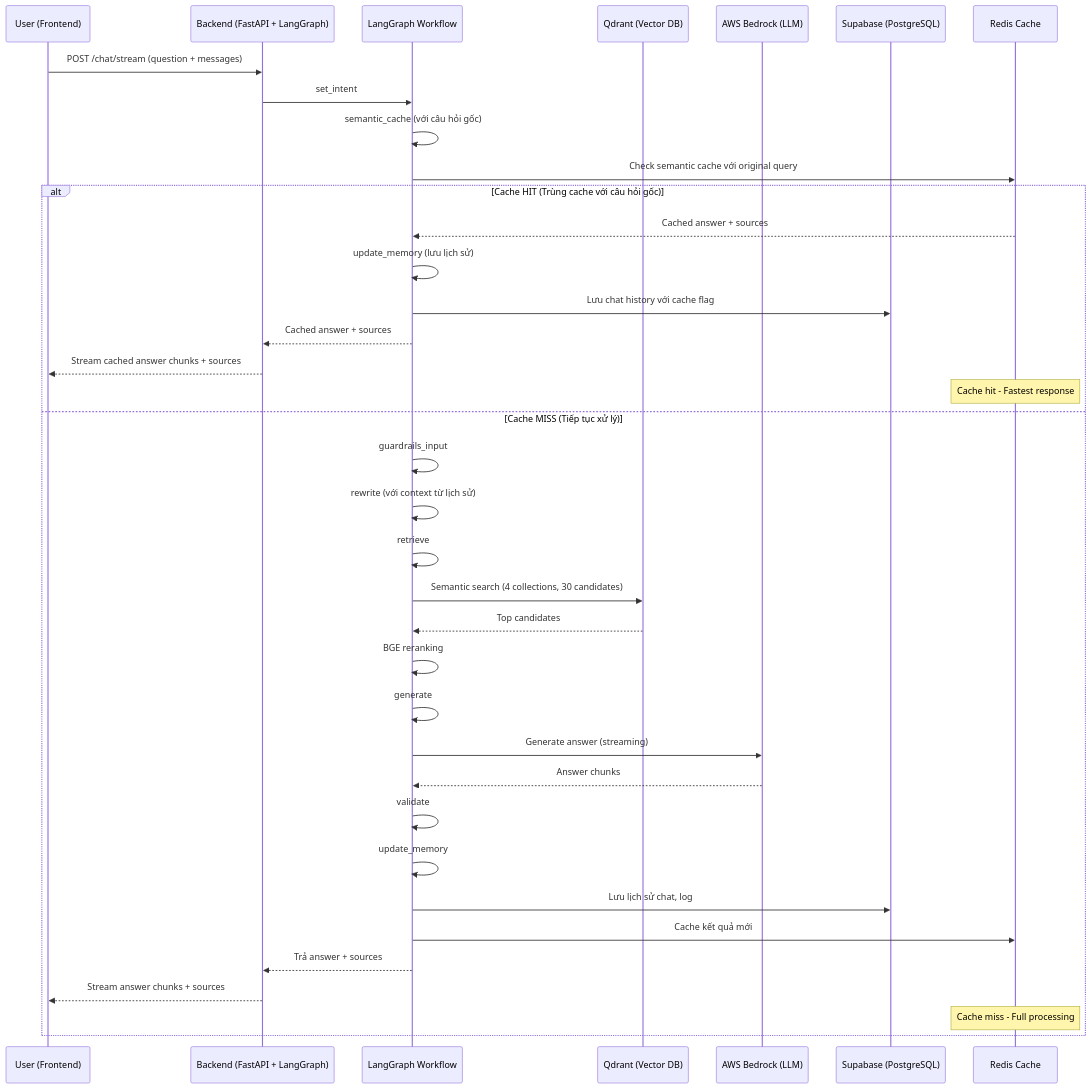
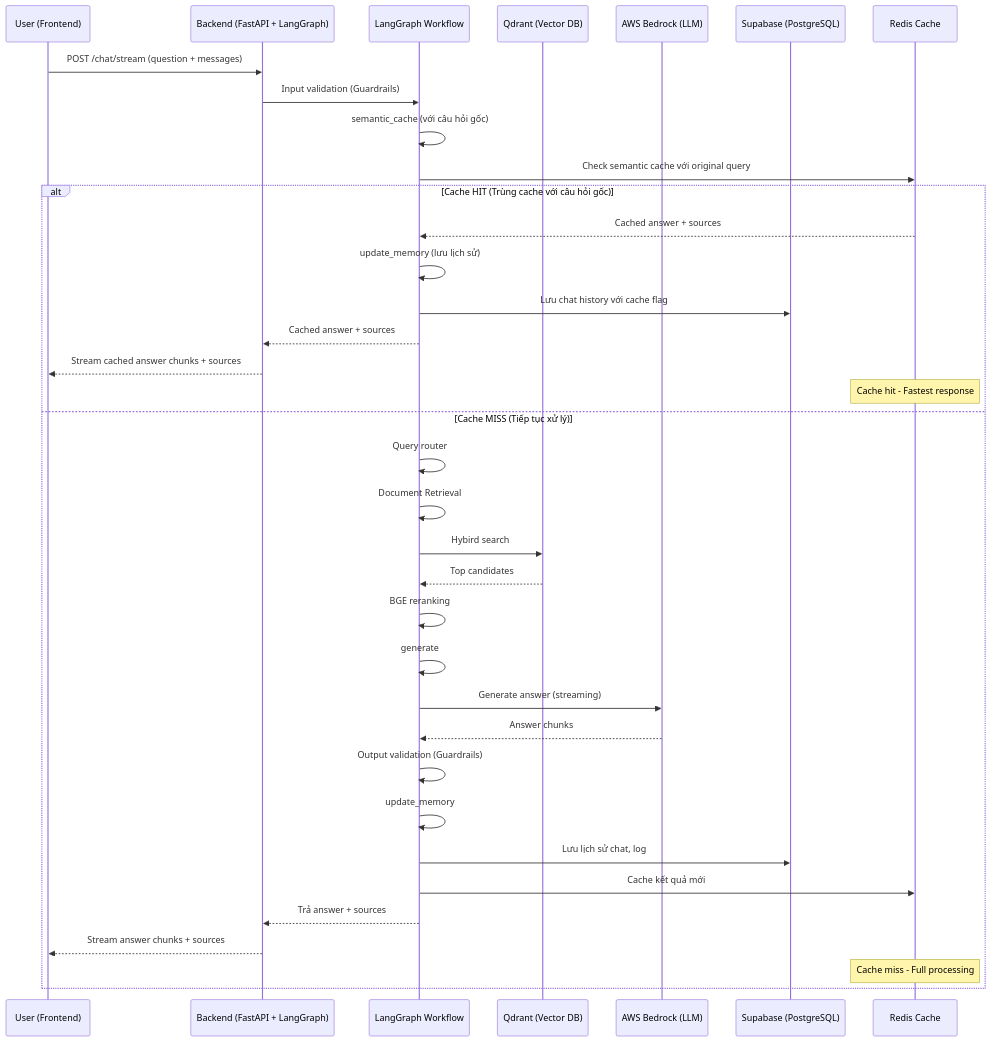
One commit to tuananhne1110/Cutru_chatbot changed the second of 2 diagrams in docs/Workflow.md. Above: the diagram before and after it, drawn with Mermaid. The commit also changed other lines of this file and 75 other files, not shown here.

````diff
--- a/docs/Workflow.md
+++ b/docs/Workflow.md
@@ -109,42 +119,41 @@
 ```mermaid
 sequenceDiagram
     participant U as User (Frontend)
     participant B as Backend (FastAPI + LangGraph)
     participant L as LangGraph Workflow
     participant Q as Qdrant (Vector DB)
     participant LLM as AWS Bedrock (LLM)
     participant S as Supabase (PostgreSQL)
     participant C as Redis Cache
-    
+
     U->>B: POST /chat/stream (question + messages)
-    B->>L: set_intent
+    B->>L: Input validation (Guardrails)
     L->>L: semantic_cache (với câu hỏi gốc)
     L->>C: Check semantic cache với original query
-    
+
     alt Cache HIT (Trùng cache với câu hỏi gốc)
         C-->>L: Cached answer + sources
         L->>L: update_memory (lưu lịch sử)
         L->>S: Lưu chat history với cache flag
         L-->>B: Cached answer + sources
         B-->>U: Stream cached answer chunks + sources
         Note over C: Cache hit - Fastest response
-        
+
     else Cache MISS (Tiếp tục xử lý)
-        L->>L: guardrails_input
-        L->>L: rewrite (với context từ lịch sử)
-        L->>L: retrieve
-        L->>Q: Semantic search (4 collections, 30 candidates)
+        L->>L: Query router
+        L->>L: Document Retrieval
+        L->>Q: Hybird search
         Q-->>L: Top candidates
         L->>L: BGE reranking
         L->>L: generate
         L->>LLM: Generate answer (streaming)
         LLM-->>L: Answer chunks
-        L->>L: validate
+        L->>L: Output validation (Guardrails)
         L->>L: update_memory
         L->>S: Lưu lịch sử chat, log
         L->>C: Cache kết quả mới
         L-->>B: Trả answer + sources
         B-->>U: Stream answer chunks + sources
         Note over C: Cache miss - Full processing
     end
 ```
````
